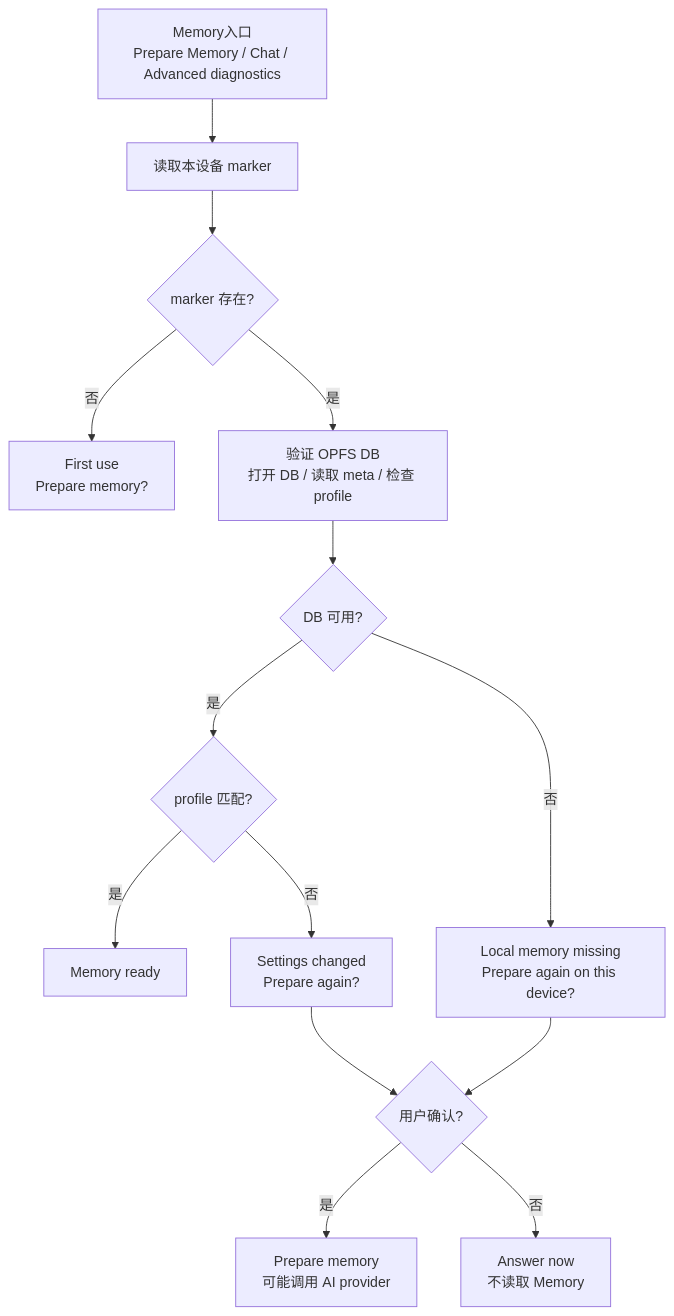
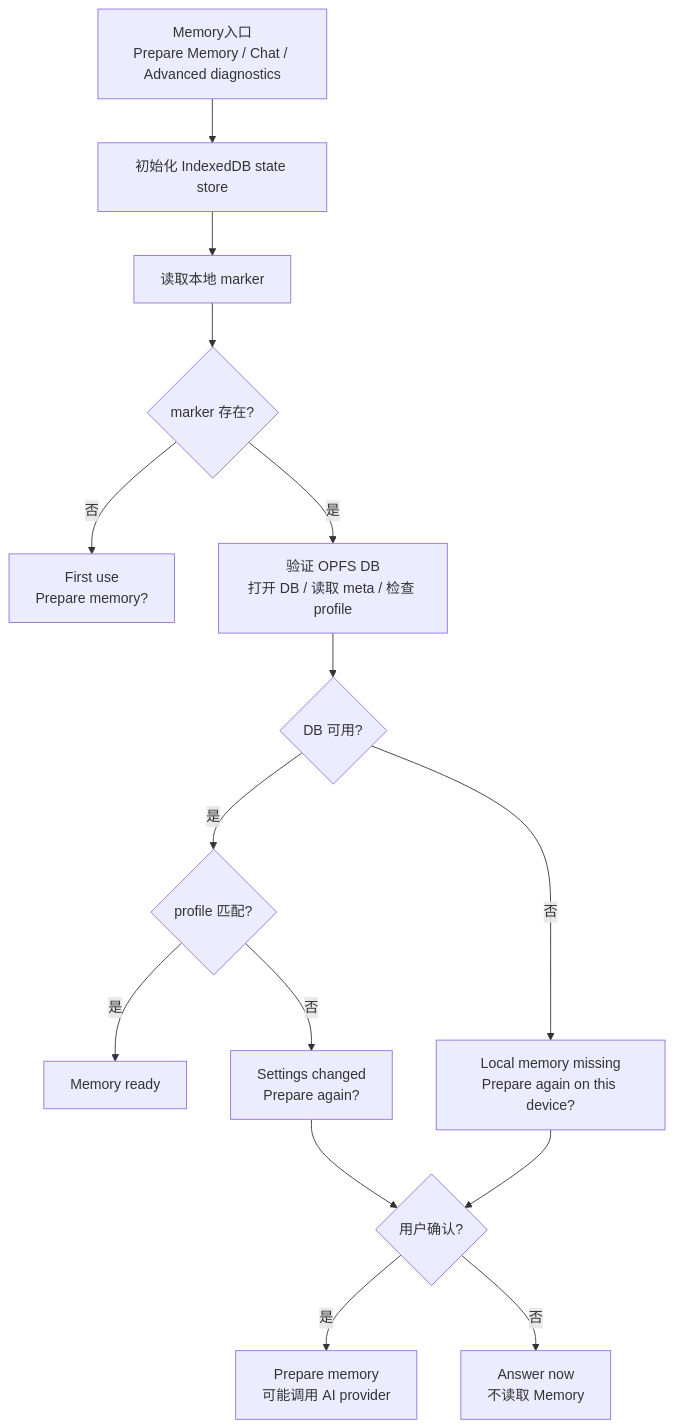
Before and after one commit to edonyzpc/personal-assistant: the second of 5 diagrams in docs/vss-sqlite-wasm-architecture.md, drawn with Mermaid. The commit also changed other lines of this file and 6 other files, not shown here.

````diff
--- a/docs/vss-sqlite-wasm-architecture.md
+++ b/docs/vss-sqlite-wasm-architecture.md
@@ -323,16 +308,17 @@
 ```mermaid
 flowchart TD
-  Entry["Memory入口\nPrepare Memory / Chat / Advanced diagnostics"] --> LoadMarker["读取本设备 marker"]
+  Entry["Memory入口\nPrepare Memory / Chat / Advanced diagnostics"] --> LoadState["初始化 IndexedDB state store"]
+  LoadState --> LoadMarker["读取本地 marker"]
   LoadMarker --> HasMarker{"marker 存在?"}
   HasMarker -->|否| NotInit["First use\nPrepare memory?"]
   HasMarker -->|是| VerifyDB["验证 OPFS DB\n打开 DB / 读取 meta / 检查 profile"]
   VerifyDB --> DBOK{"DB 可用?"}
   DBOK -->|是| ProfileOK{"profile 匹配?"}
   ProfileOK -->|是| Ready["Memory ready"]
   ProfileOK -->|否| ChangedSettings["Settings changed\nPrepare again?"]
   DBOK -->|否| Missing["Local memory missing\nPrepare again on this device?"]
   Missing --> Confirm{"用户确认?"}
   ChangedSettings --> Confirm
   Confirm -->|是| Rebuild["Prepare memory\n可能调用 AI provider"]
   Confirm -->|否| Skip["Answer now\n不读取 Memory"]
 ```
````
